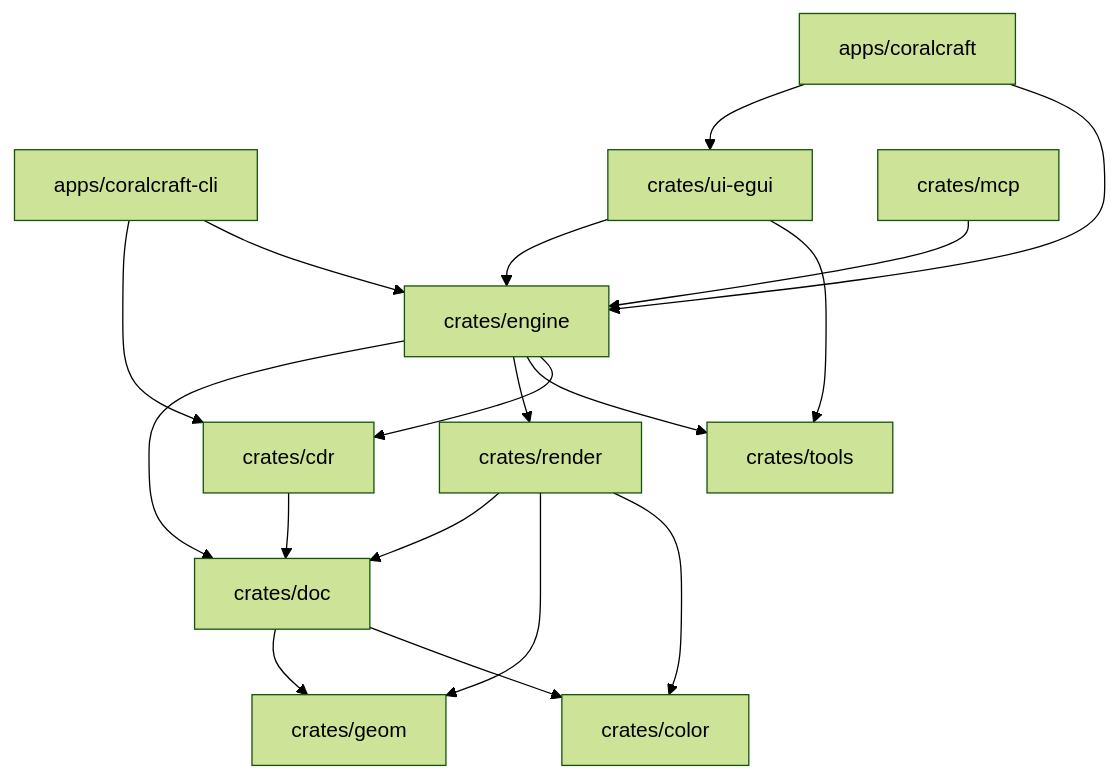
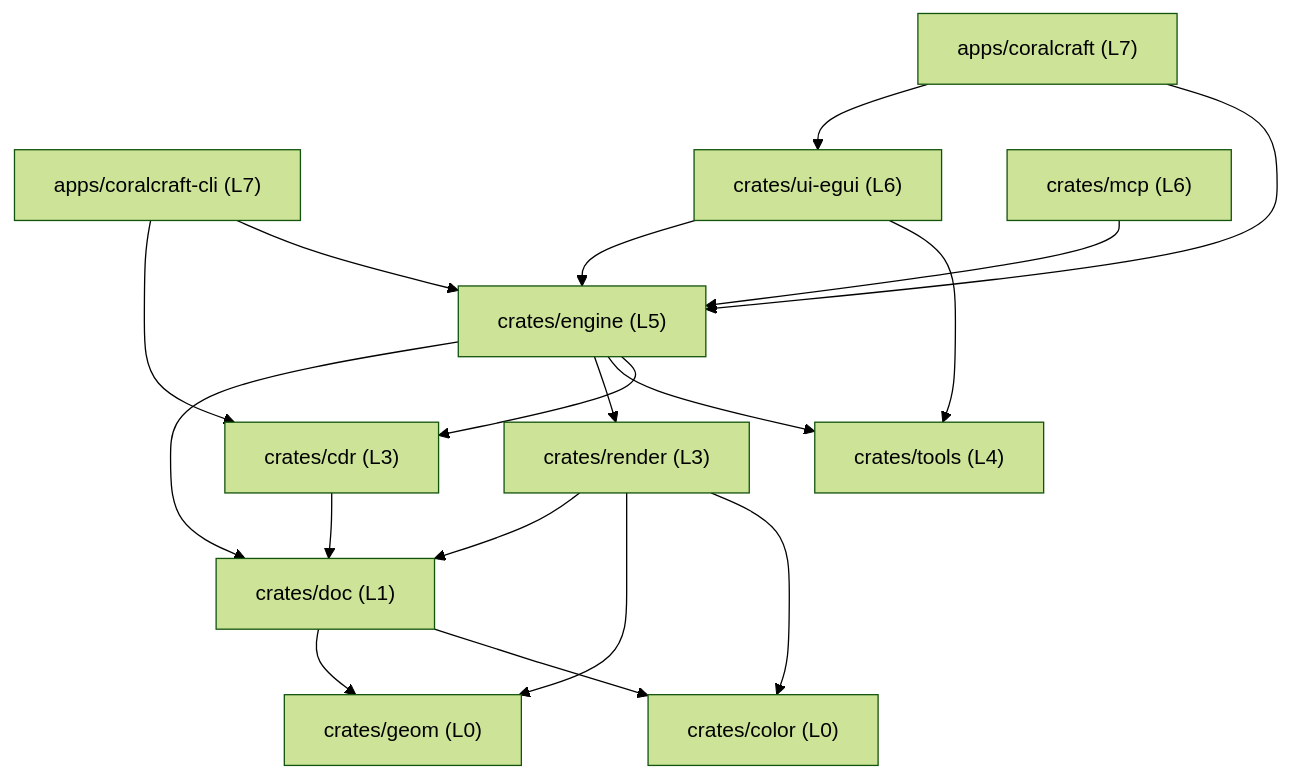
One commit to yupoet/coralcraft changed the diagram in docs/ai-memory/02-architecture.md. Above: the diagram before and after it, drawn with Mermaid (forest theme). The commit also changed other lines of this file and 43 other files, not shown here.

````diff
--- a/docs/ai-memory/02-architecture.md
+++ b/docs/ai-memory/02-architecture.md
@@ -29,20 +29,20 @@
 ```mermaid
 flowchart TD
-    CLI["apps/coralcraft-cli"] --> CDR["crates/cdr"]
-    CLI --> ENGINE["crates/engine"]
-    APP["apps/coralcraft"] --> UI["crates/ui-egui"]
+    CLI["apps/coralcraft-cli (L7)"] --> CDR["crates/cdr (L3)"]
+    CLI --> ENGINE["crates/engine (L5)"]
+    APP["apps/coralcraft (L7)"] --> UI["crates/ui-egui (L6)"]
     APP --> ENGINE
     UI --> ENGINE
-    UI --> TOOLS["crates/tools"]
-    MCP["crates/mcp"] --> ENGINE
-    ENGINE --> DOC["crates/doc"]
-    ENGINE --> RENDER["crates/render"]
+    UI --> TOOLS["crates/tools (L4)"]
+    MCP["crates/mcp (L6)"] --> ENGINE
+    ENGINE --> DOC["crates/doc (L1)"]
+    ENGINE --> RENDER["crates/render (L3)"]
     ENGINE --> TOOLS
     ENGINE --> CDR
     CDR --> DOC
     RENDER --> DOC
-    RENDER --> GEOM["crates/geom"]
-    RENDER --> COLOR["crates/color"]
+    RENDER --> GEOM["crates/geom (L0)"]
+    RENDER --> COLOR["crates/color (L0)"]
     DOC --> GEOM
     DOC --> COLOR
 ```
````
